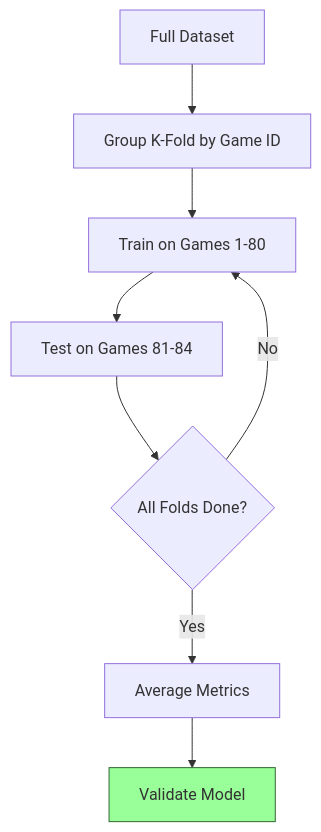
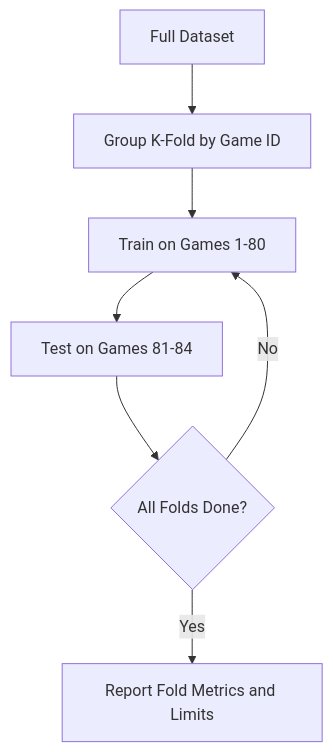
The third of 7 diagrams in plans/09-Quality/02-Validation/01-model-validation.md (Evintkoo/2048-ml), drawn with Mermaid before and after one commit. The commit also changed other lines of this file and 67 other files, not shown here.

````diff
--- a/plans/09-Quality/02-Validation/01-model-validation.md
+++ b/plans/09-Quality/02-Validation/01-model-validation.md
@@ -79,12 +75,9 @@
 ```mermaid
 graph TD
     A[Full Dataset] --> B[Group K-Fold by Game ID]
     B --> C[Train on Games 1-80]
     C --> D[Test on Games 81-84]
     D --> E{All Folds Done?}
     E -->|No| C
-    E -->|Yes| F[Average Metrics]
-    F --> G[Validate Model]
-    
-    style G fill:#9f9,stroke:#363
+    E -->|Yes| F[Report Fold Metrics and Limits]
 ```
````
